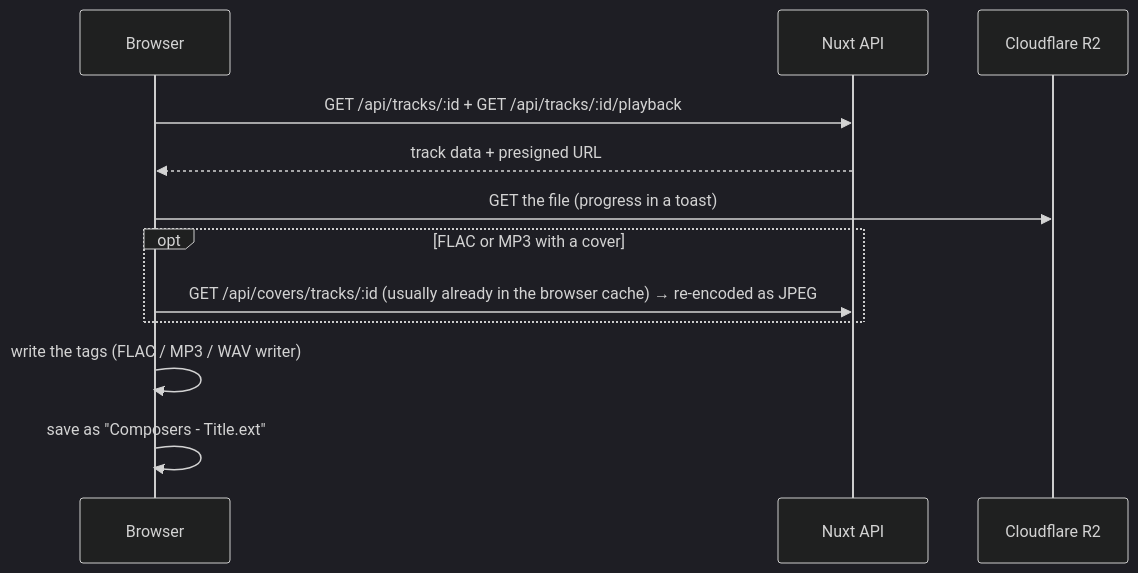
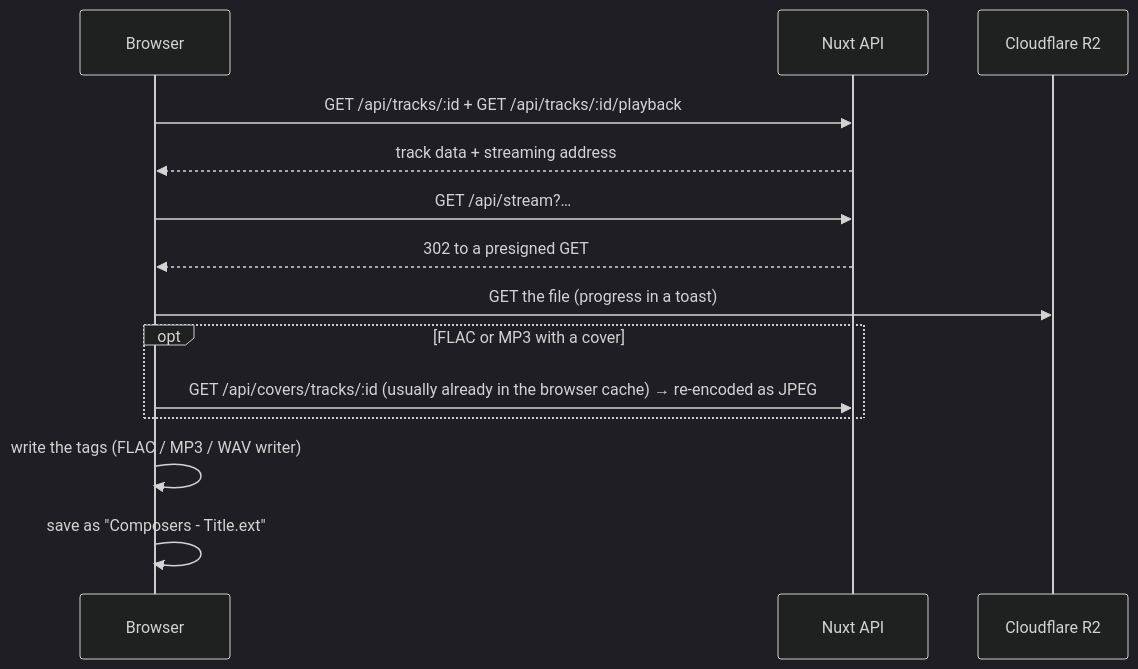
One commit to alesssz/Chronovault changed the seventh of 13 diagrams in README.md. Above: the diagram before and after it, drawn with Mermaid (dark theme). The commit also changed other lines of this file and 11 other files, not shown here.

First line of the commit message:
Serve audio through the app's own streaming address, so Chrome can cast

````diff
--- a/README.md
+++ b/README.md
@@ -688,14 +699,16 @@
 ```mermaid
 sequenceDiagram
   participant B as Browser
   participant N as Nuxt API
   participant R as Cloudflare R2
   B->>N: GET /api/tracks/:id + GET /api/tracks/:id/playback
-  N-->>B: track data + presigned URL
+  N-->>B: track data + streaming address
+  B->>N: GET /api/stream?…
+  N-->>B: 302 to a presigned GET
   B->>R: GET the file (progress in a toast)
   opt FLAC or MP3 with a cover
     B->>N: GET /api/covers/tracks/:id (usually already in the browser cache) → re-encoded as JPEG
   end
   B->>B: write the tags (FLAC / MP3 / WAV writer)
   B->>B: save as "Composers - Title.ext"
 ```
````
